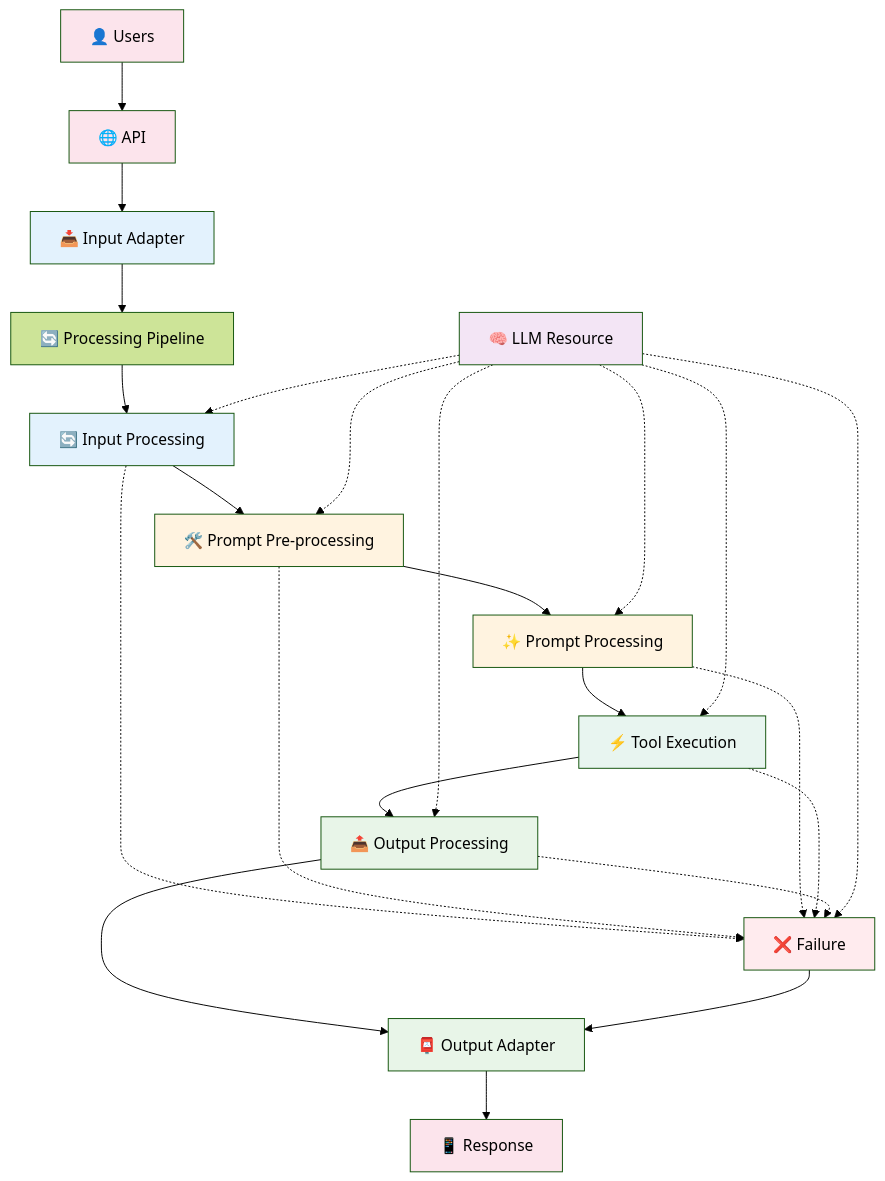
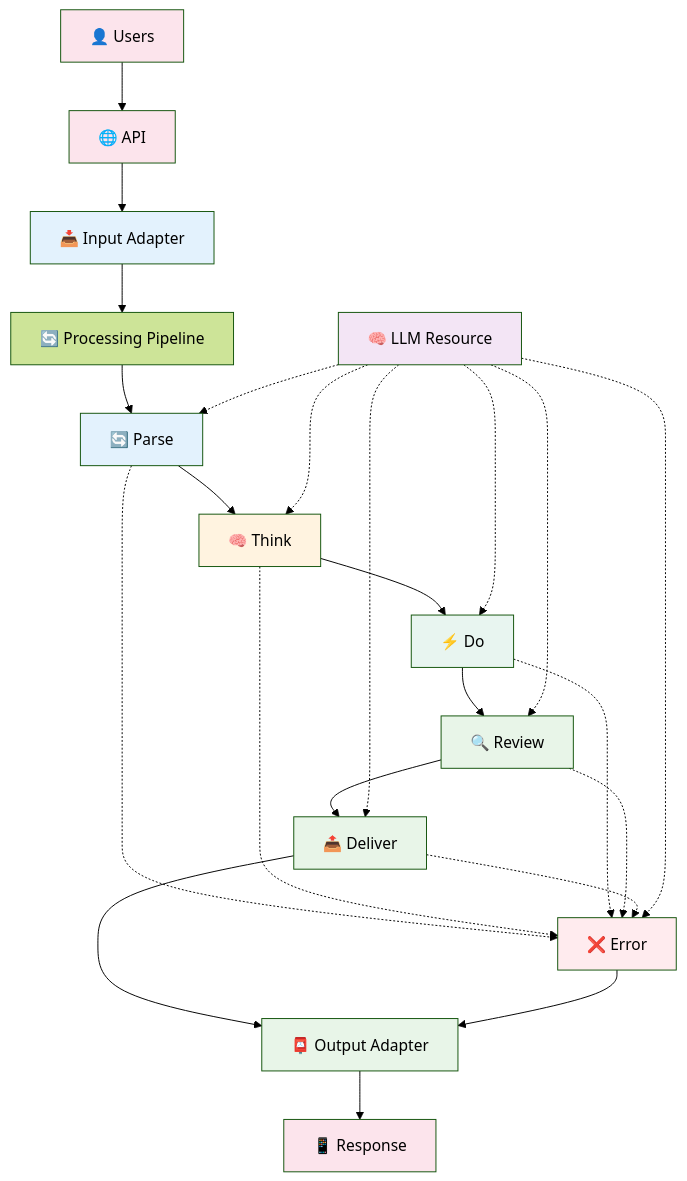
The diagram in README.md (Ladvien/entity), drawn with Mermaid (forest theme) before and after one commit. The commit also changed other lines of this file, not shown here.

Commit message:
Architecture

````diff
--- a/README.md
+++ b/README.md
@@ -9,48 +9,48 @@
 ```mermaid
 flowchart TD
     Users[👤 Users] --> API[🌐 API]
     API --> IA[📥 Input Adapter]
     IA --> Pipeline[🔄 Processing Pipeline]
     
-    Pipeline --> Stage1[🔄 Input Processing]
-    Stage1 --> Stage2[🛠️ Prompt Pre-processing] 
-    Stage2 --> Stage3[✨ Prompt Processing]
-    Stage3 --> Stage4[⚡ Tool Execution]
-    Stage4 --> Stage5[📤 Output Processing]
+    Pipeline --> Stage1[🔄 Parse]
+    Stage1 --> Stage2[🧠 Think] 
+    Stage2 --> Stage3[⚡ Do]
+    Stage3 --> Stage4[🔍 Review]
+    Stage4 --> Stage5[📤 Deliver]
     
     Stage5 --> OA[📮 Output Adapter]
     OA --> Response[📱 Response]
     
     %% Error handling flow
-    Stage1 -.-> FailureStage[❌ Failure]
-    Stage2 -.-> FailureStage
-    Stage3 -.-> FailureStage
-    Stage4 -.-> FailureStage
-    Stage5 -.-> FailureStage
-    FailureStage --> OA
+    Stage1 -.-> ErrorStage[❌ Error]
+    Stage2 -.-> ErrorStage
+    Stage3 -.-> ErrorStage
+    Stage4 -.-> ErrorStage
+    Stage5 -.-> ErrorStage
+    ErrorStage --> OA
     
     %% LLM Resource Available Throughout Pipeline
     LLM[🧠 LLM Resource] -.-> Stage1
     LLM -.-> Stage2
     LLM -.-> Stage3
     LLM -.-> Stage4
     LLM -.-> Stage5
-    LLM -.-> FailureStage
+    LLM -.-> ErrorStage
     
     %% Styling
     classDef input fill:#e3f2fd
     classDef processing fill:#fff3e0
     classDef llm fill:#f3e5f5
     classDef output fill:#e8f5e8
     classDef endpoints fill:#fce4ec
     classDef tools fill:#e8f5f0
     classDef error fill:#ffebee
     
     class Users,API,Response endpoints
     class IA,Stage1 input
-    class Stage2,Stage3 processing
+    class Stage2 processing
     class LLM llm
-    class Stage4 tools
-    class Stage5,OA output
-    class FailureStage error
+    class Stage3 tools
+    class Stage4,Stage5,OA output
+    class ErrorStage error
 ```
````
